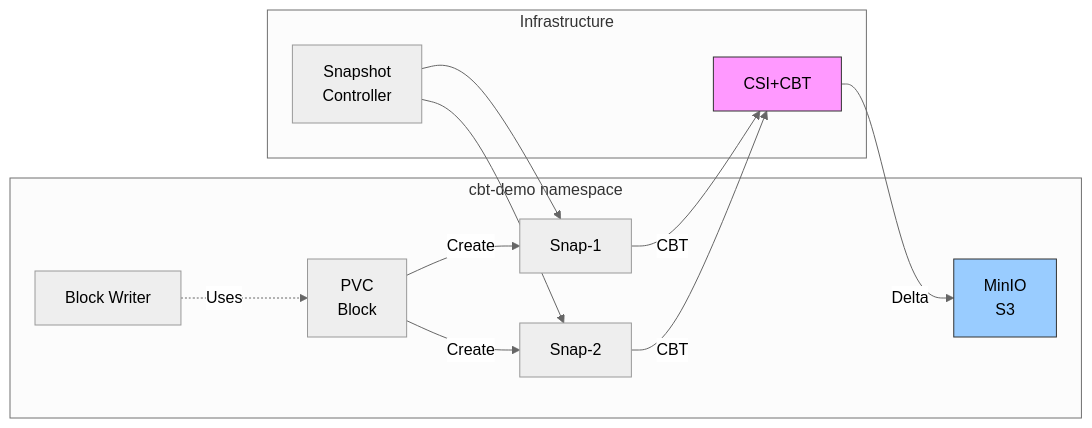
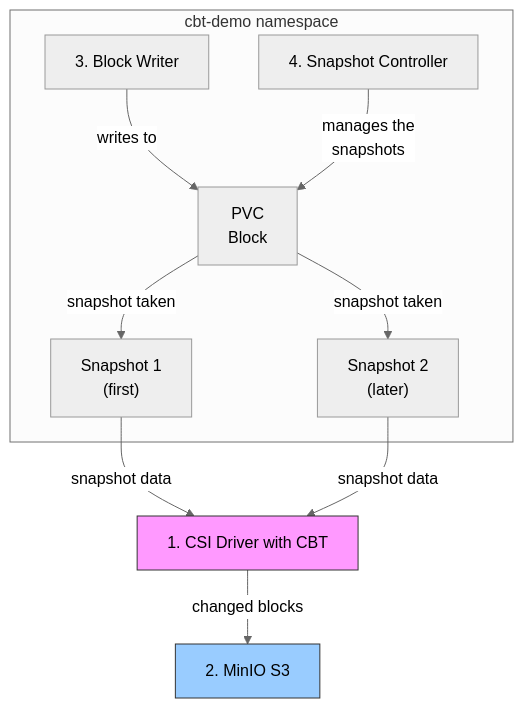
Before and after one commit to kaovilai/k8s-cbt-s3mover-demo: the second of 3 diagrams in demo/slides.md, drawn with Mermaid (neutral theme). The commit also changed other lines of this file, not shown here.

Commit message:
docs(slides): stop the Demo Architecture diagram from clipping
The mermaid graph was left-to-right, so the CSI driver and everything
downstream ran past the right edge of the slide and were cut off in the
rendered deck.

- Redraw it top-to-bottom so the whole graph fits the column
- Size it from measured slide bounds (0.47) instead of guessing a scale
- Label every arrow with a word and number the boxes to match the list
- Give the Snapshot Controller one arrow to the PVC so no lines cross
- Add a caption explaining the pink and blue boxes
- Split the long hostpath/Ceph bullet

Verified at 1280x720 and narrow viewports: nothing clipped on any edge.
Slides 17-20 are untouched.

````diff
--- a/demo/slides.md
+++ b/demo/slides.md
@@ -414,27 +415,24 @@
-```mermaid {theme: 'neutral', scale: 0.45}
-graph LR
+```mermaid {theme: 'neutral', scale: 0.47}
+graph TB
     subgraph ns["cbt-demo namespace"]
-        BW[Block Writer]
-        PVC[PVC<br/>Block]
-        VS1[Snap-1]
-        VS2[Snap-2]
-        MinIO[MinIO<br/>S3]
+        SC["4. Snapshot Controller"]
+        BW["3. Block Writer"]
+        PVC["PVC<br/>Block"]
+        VS1["Snapshot 1<br/>(first)"]
+        VS2["Snapshot 2<br/>(later)"]
     end
 
-    subgraph infra[Infrastructure]
-        CSI[CSI+CBT]
-        SC[Snapshot<br/>Controller]
-    end
+    CSI["1. CSI Driver with CBT"]
+    MinIO["2. MinIO S3"]
 
-    BW -.->|Uses| PVC
-    PVC -->|Create| VS1
-    PVC -->|Create| VS2
-    VS1 -->|CBT| CSI
-    VS2 -->|CBT| CSI
-    CSI -->|Delta| MinIO
-    SC --> VS1
-    SC --> VS2
+    BW -->|writes to| PVC
+    PVC -->|snapshot taken| VS1
+    PVC -->|snapshot taken| VS2
+    SC -->|"manages the<br/>snapshots"| PVC
+    VS1 -->|snapshot data| CSI
+    VS2 -->|snapshot data| CSI
+    CSI -->|changed blocks| MinIO
 
     style CSI fill:#f9f,stroke:#333
     style MinIO fill:#9cf,stroke:#333
 ```
````
